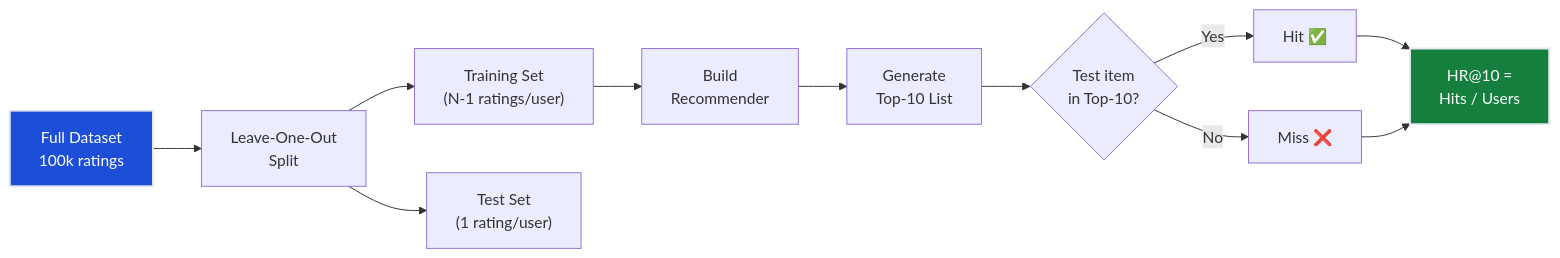
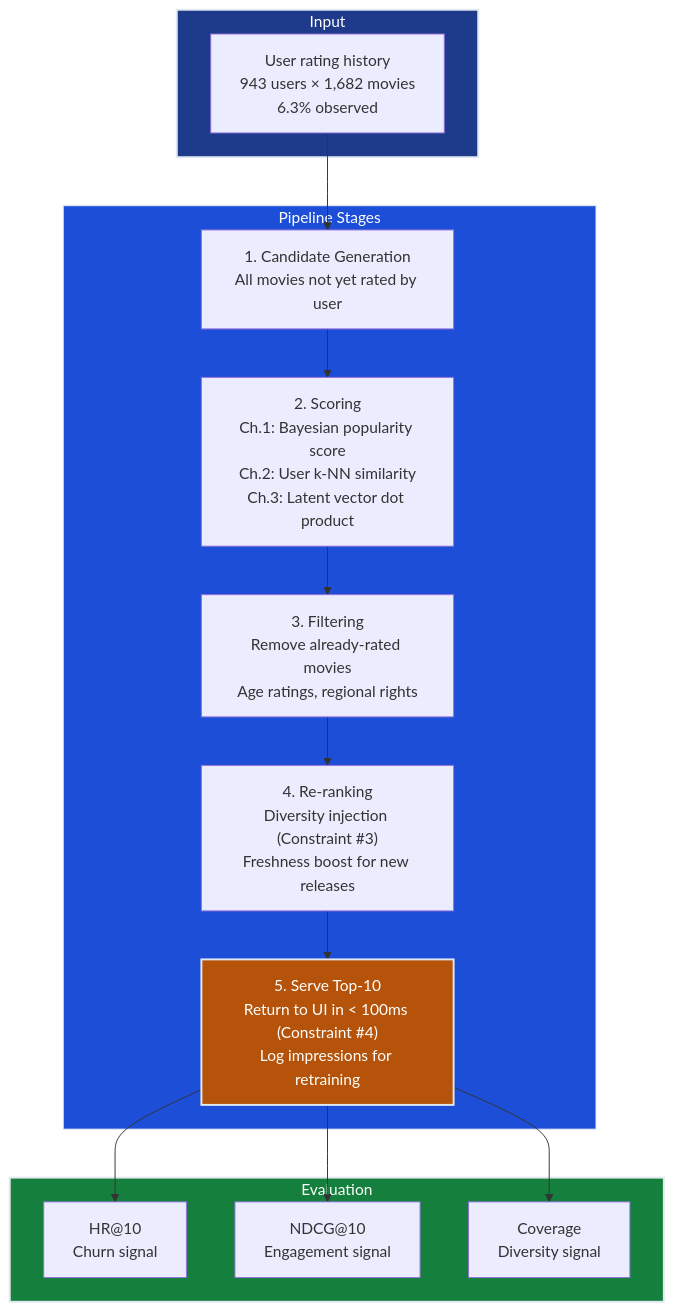
The third of 4 diagrams in notes/01-ml/04_recommender_systems/ch01_fundamentals/README.md (deepakshamsft/ai-portfolio), drawn with Mermaid before and after one commit. The commit also changed other lines of this file and 727 other files, not shown here.

````diff
--- a/notes/01-ml/04_recommender_systems/ch01_fundamentals/README.md
+++ b/notes/01-ml/04_recommender_systems/ch01_fundamentals/README.md
@@ -261,16 +512,34 @@
 ```mermaid
-flowchart LR
-    FULL["Full Dataset<br/>100k ratings"] --> SPLIT["Leave-One-Out<br/>Split"]
-    SPLIT --> TRAIN["Training Set<br/>(N-1 ratings/user)"]
-    SPLIT --> TEST["Test Set<br/>(1 rating/user)"]
-    TRAIN --> MODEL["Build<br/>Recommender"]
-    MODEL --> TOPK["Generate<br/>Top-10 List"]
-    TOPK --> CHECK{"Test item<br/>in Top-10?"}
-    CHECK -->|Yes| HIT["Hit ✅"]
-    CHECK -->|No| MISS["Miss ❌"]
-    HIT --> HR["HR@10 =<br/>Hits / Users"]
-    MISS --> HR
-    
-    style FULL fill:#1d4ed8,stroke:#e2e8f0,stroke-width:2px,color:#ffffff
-    style HR fill:#15803d,stroke:#e2e8f0,stroke-width:2px,color:#ffffff
+flowchart TD
+    subgraph INPUT["Input"]
+        UH["User rating history<br/>943 users × 1,682 movies<br/>6.3% observed"]
+    end
+
+    subgraph PIPE["Pipeline Stages"]
+        CG["1. Candidate Generation<br/>All movies not yet rated by user"]
+        SC["2. Scoring<br/>Ch.1: Bayesian popularity score<br/>Ch.2: User k-NN similarity<br/>Ch.3: Latent vector dot product"]
+        FL["3. Filtering<br/>Remove already-rated movies<br/>Age ratings, regional rights"]
+        RR["4. Re-ranking<br/>Diversity injection (Constraint #3)<br/>Freshness boost for new releases"]
+        SV["5. Serve Top-10<br/>Return to UI in &lt; 100ms (Constraint #4)<br/>Log impressions for retraining"]
+    end
+
+    subgraph EVAL["Evaluation"]
+        HR["HR@10<br/>Churn signal"]
+        NDCG["NDCG@10<br/>Engagement signal"]
+        COV["Coverage<br/>Diversity signal"]
+    end
+
+    UH --> CG
+    CG --> SC
+    SC --> FL
+    FL --> RR
+    RR --> SV
+    SV --> HR
+    SV --> NDCG
+    SV --> COV
+
+    style INPUT fill:#1e3a8a,stroke:#e2e8f0,stroke-width:2px,color:#ffffff
+    style PIPE fill:#1d4ed8,stroke:#e2e8f0,stroke-width:1px,color:#ffffff
+    style EVAL fill:#15803d,stroke:#e2e8f0,stroke-width:2px,color:#ffffff
+    style SV fill:#b45309,stroke:#e2e8f0,stroke-width:2px,color:#ffffff
 ```
````
